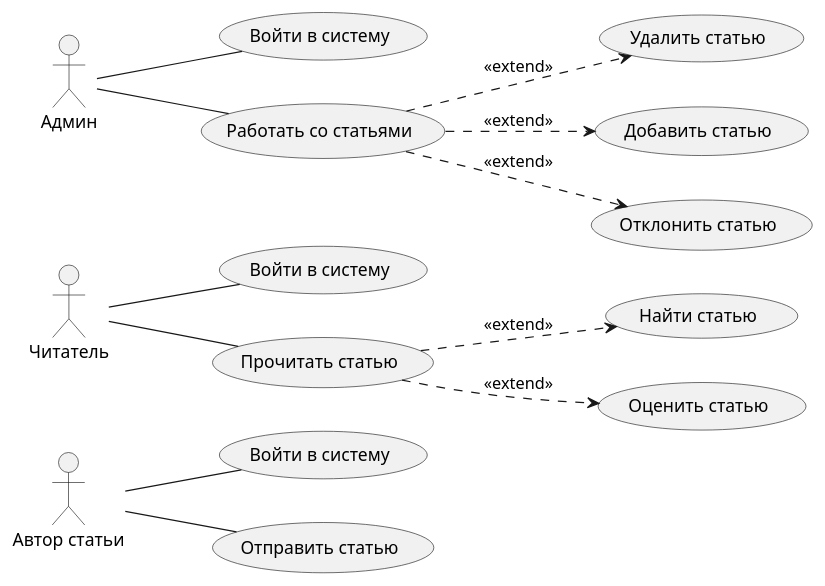
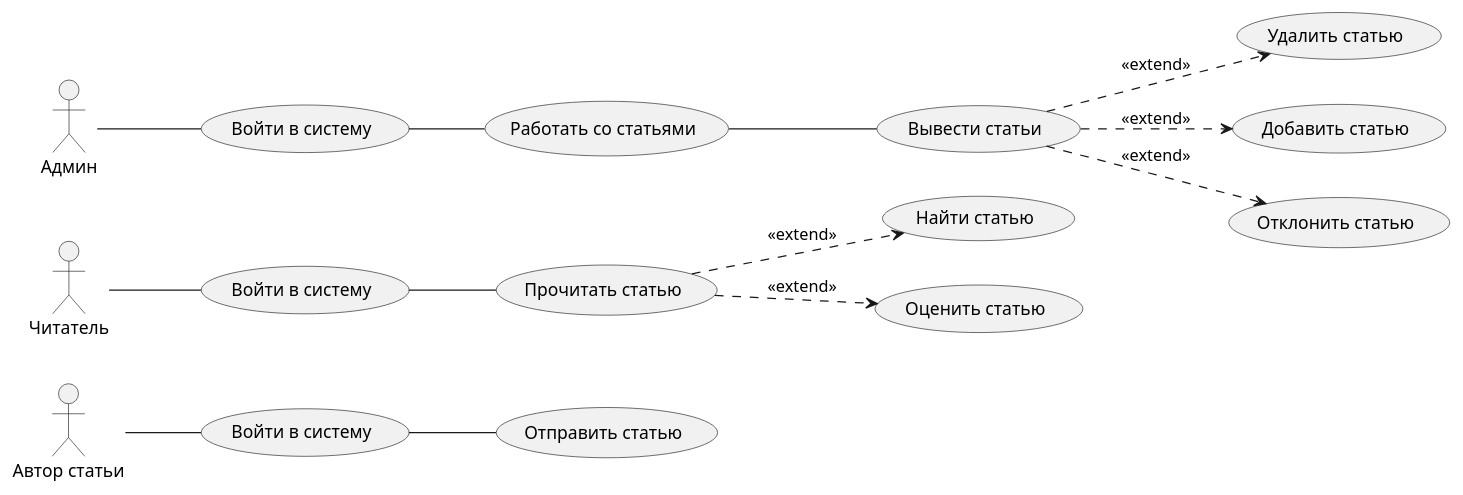
One commit to warkamelon/Gitnew changed the diagram in docs/usecase.puml. Above: the diagram before and after it, drawn with PlantUML. The commit also changed 1 other file, not shown here.

```diff
--- a/docs/usecase.puml
+++ b/docs/usecase.puml
@@ -1,29 +1,31 @@
 @startuml
 left to right direction
 skinparam packageStyle rectangle
 actor "Автор статьи" as User
     usecase "Войти в систему" as UC_Login
     usecase "Отправить статью" as UC_Send
 actor "Читатель" as User2
     usecase "Войти в систему" as UC_Login2
+    usecase "Вывести статьи" as UC_Vivod
     usecase "Прочитать статью" as UC_Read
     usecase "Найти статью" as UC_Find
     usecase "Оценить статью" as UC_Rate
 actor "Админ" as User3
     usecase "Войти в систему" as UC_Login3
     usecase "Работать со статьями" as UC_Work
     usecase "Удалить статью" as UC_Del
     usecase "Добавить статью" as UC_Dob
     usecase "Отклонить статью" as UC_Den
 User -- UC_Login
-User -- UC_Send
+UC_Login -- UC_Send
 User2 -- UC_Login2
-User2 -- UC_Read
+UC_Login2 -- UC_Read
 UC_Read ..> UC_Find: <<extend>>
 UC_Read ..> UC_Rate: <<extend>>
 User3 -- UC_Login3
-User3 -- UC_Work
-UC_Work ..> UC_Del: <<extend>>
-UC_Work ..> UC_Den: <<extend>>
-UC_Work ..> UC_Dob: <<extend>>
+UC_Login3 -- UC_Work
+UC_Work -- UC_Vivod
+UC_Vivod ..> UC_Del: <<extend>>
+UC_Vivod ..> UC_Den: <<extend>>
+UC_Vivod ..> UC_Dob: <<extend>>
 @enduml
```
